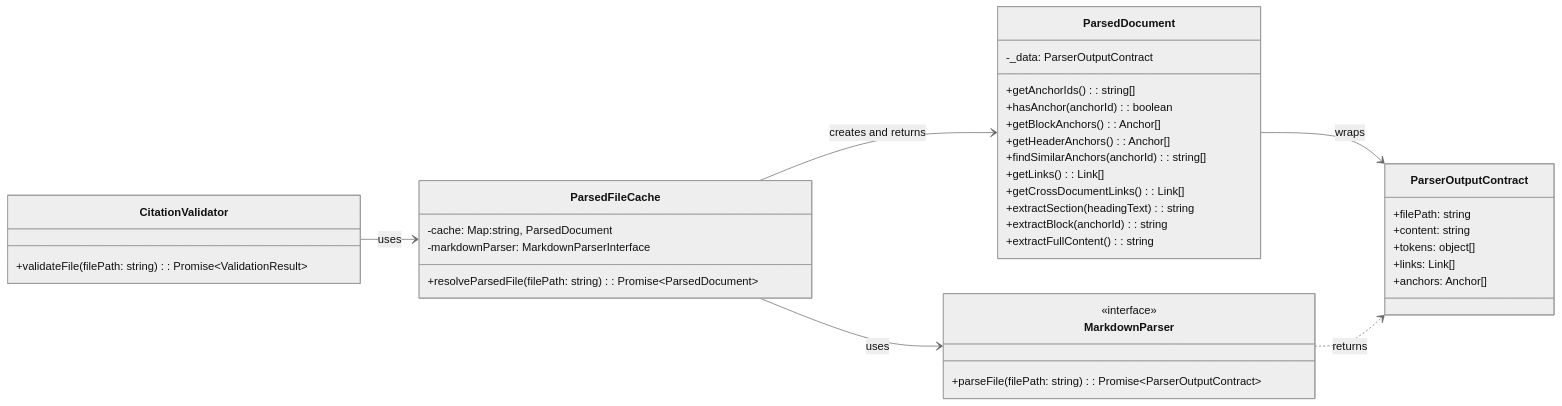
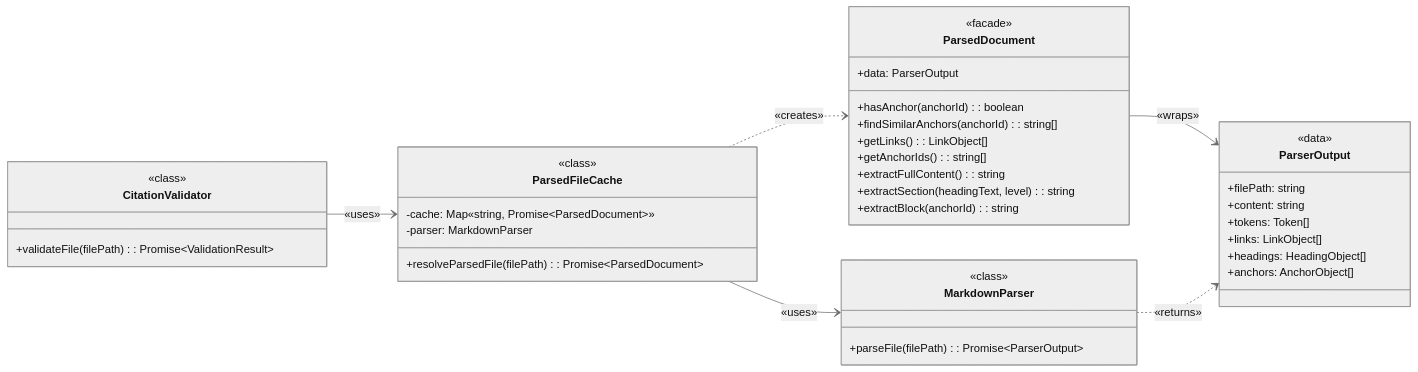
Before and after one commit to WesleyMFrederick/cc-workflows: the diagram in tools/citation-manager/design-docs/component-guides/ParsedFileCache Implementation Guide.md, drawn with Mermaid (neutral theme). The commit also changed other lines of this file and 9 other files, not shown here.

````diff
--- a/tools/citation-manager/design-docs/component-guides/ParsedFileCache Implementation Guide.md
+++ b/tools/citation-manager/design-docs/component-guides/ParsedFileCache Implementation Guide.md
@@ -29,47 +36,49 @@
 ```mermaid
 classDiagram
     direction LR
 
-    class ParserOutputContract {
+    class ParserOutput {
+        <<data>>
         +filePath: string
         +content: string
-        +tokens: object[]
-        +links: Link[]
-        +anchors: Anchor[]
+        +tokens: Token[]
+        +links: LinkObject[]
+        +headings: HeadingObject[]
+        +anchors: AnchorObject[]
     }
 
     class ParsedDocument {
-        -_data: ParserOutputContract
+        <<facade>>
+        +data: ParserOutput
+        +hasAnchor(anchorId): boolean
+        +findSimilarAnchors(anchorId): string[]
+        +getLinks(): LinkObject[]
         +getAnchorIds(): string[]
-        +hasAnchor(anchorId): boolean
-        +getBlockAnchors(): Anchor[]
-        +getHeaderAnchors(): Anchor[]
-        +findSimilarAnchors(anchorId): string[]
-        +getLinks(): Link[]
-        +getCrossDocumentLinks(): Link[]
-        +extractSection(headingText): string
+        +extractFullContent(): string
+        +extractSection(headingText, level): string
         +extractBlock(anchorId): string
-        +extractFullContent(): string
     }
 
     class MarkdownParser {
-        <<interface>>
-        +parseFile(filePath: string): Promise~ParserOutputContract~
+        <<class>>
+        +parseFile(filePath): Promise~ParserOutput~
     }
 
     class CitationValidator {
-        +validateFile(filePath: string): Promise~ValidationResult~
+        <<class>>
+        +validateFile(filePath): Promise~ValidationResult~
     }
 
     class ParsedFileCache {
-        -cache: Map:string, ParsedDocument
-        -markdownParser: MarkdownParserInterface
-        +resolveParsedFile(filePath: string): Promise~ParsedDocument~
+        <<class>>
+        -cache: Map«string, Promise~ParsedDocument~»
+        -parser: MarkdownParser
+        +resolveParsedFile(filePath): Promise~ParsedDocument~
     }
 
-    CitationValidator --> ParsedFileCache : uses
-    ParsedFileCache --> MarkdownParser : uses
-    ParsedFileCache --> ParsedDocument : creates and returns
-    ParsedDocument --> ParserOutputContract : wraps
-    MarkdownParser ..> ParserOutputContract : returns
+    CitationValidator --> ParsedFileCache : «uses»
+    ParsedFileCache --> MarkdownParser : «uses»
+    ParsedFileCache ..> ParsedDocument : «creates»
+    ParsedDocument --> ParserOutput : «wraps»
+    MarkdownParser ..> ParserOutput : «returns»
 ```
````
